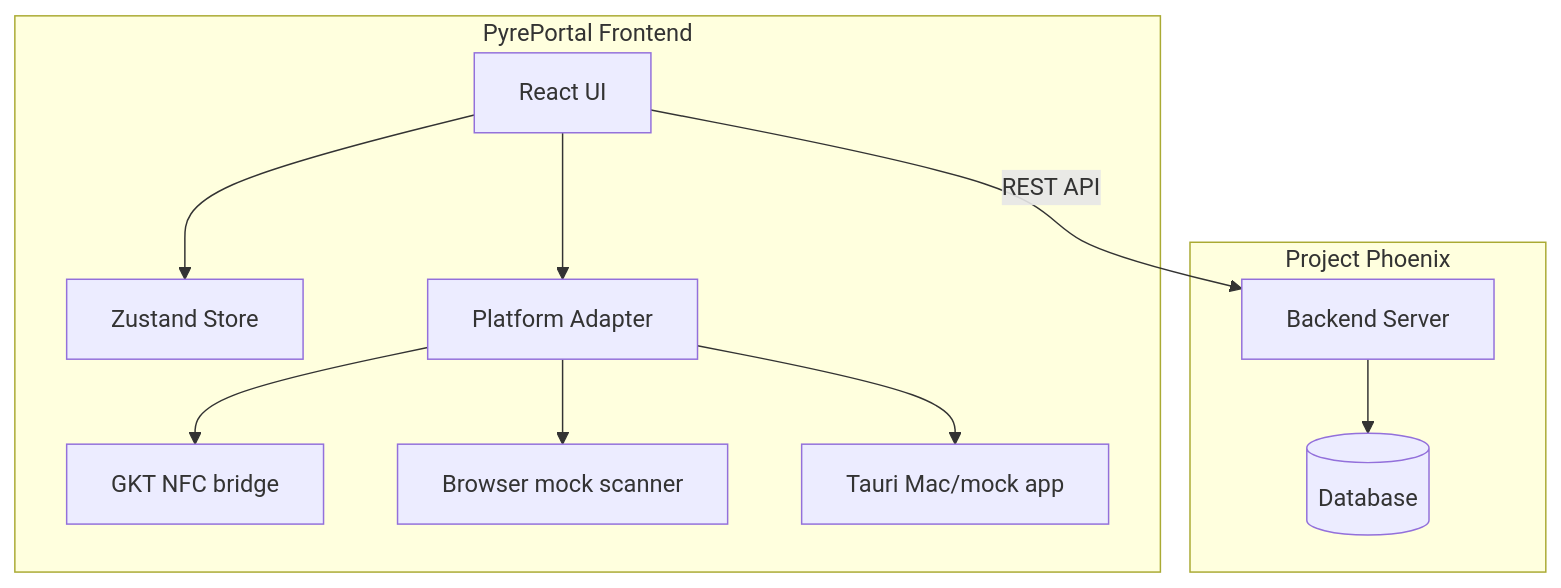
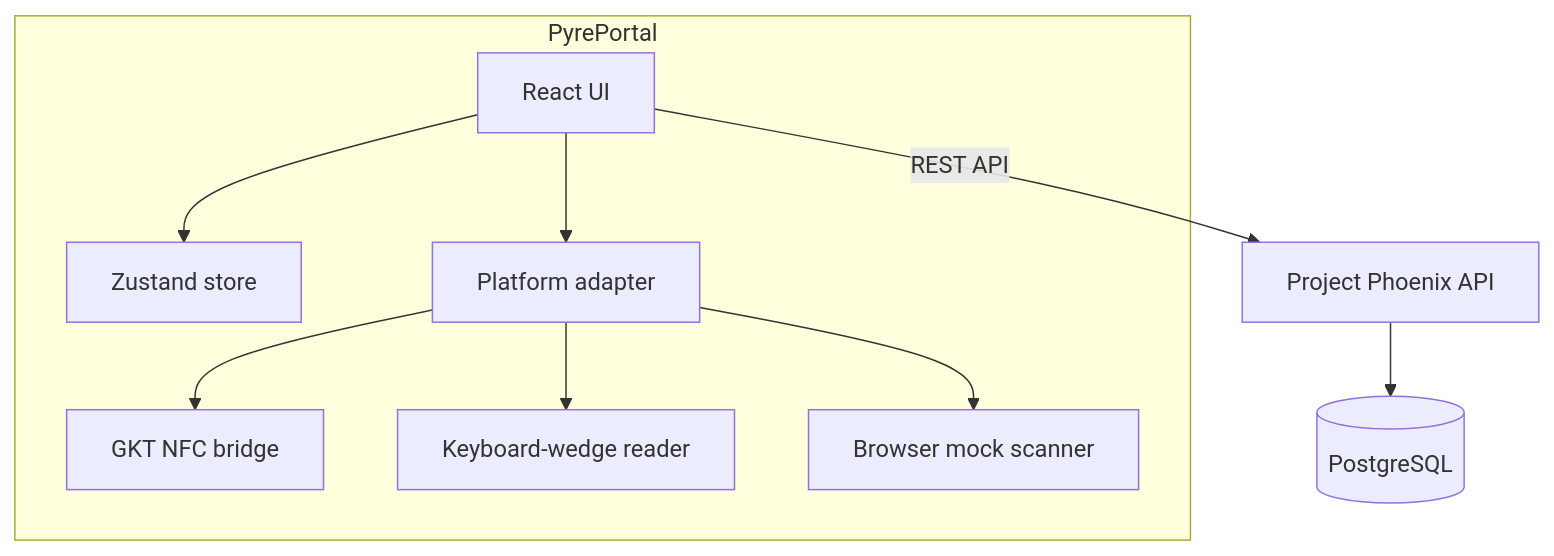
One commit to moto-nrw/PyrePortal changed the diagram in README.md. Above: the diagram before and after it, drawn with Mermaid. The commit also changed other lines of this file and 21 other files, not shown here.

````diff
--- a/README.md
+++ b/README.md
@@ -31,16 +33,13 @@
 ```mermaid
 flowchart TB
-    subgraph "PyrePortal Frontend"
-        UI[React UI] --> Store[Zustand Store]
-        UI --> Platform[Platform Adapter]
-        Platform --> GKT[GKT NFC bridge]
-        Platform --> Mock[Browser mock scanner]
-        Platform --> Tauri[Tauri Mac/mock app]
+    subgraph "PyrePortal"
+        UI[React UI] --> Store[Zustand store]
+        UI --> Adapter[Platform adapter]
+        Adapter --> GKT[GKT NFC bridge]
+        Adapter --> Wedge[Keyboard-wedge reader]
+        Adapter --> Browser[Browser mock scanner]
     end
 
-    subgraph "Project Phoenix"
-        Server[Backend Server] --> DB[(Database)]
-    end
-
-    UI -->|REST API| Server
+    UI -->|REST API| API[Project Phoenix API]
+    API --> DB[(PostgreSQL)]
 ```
````
